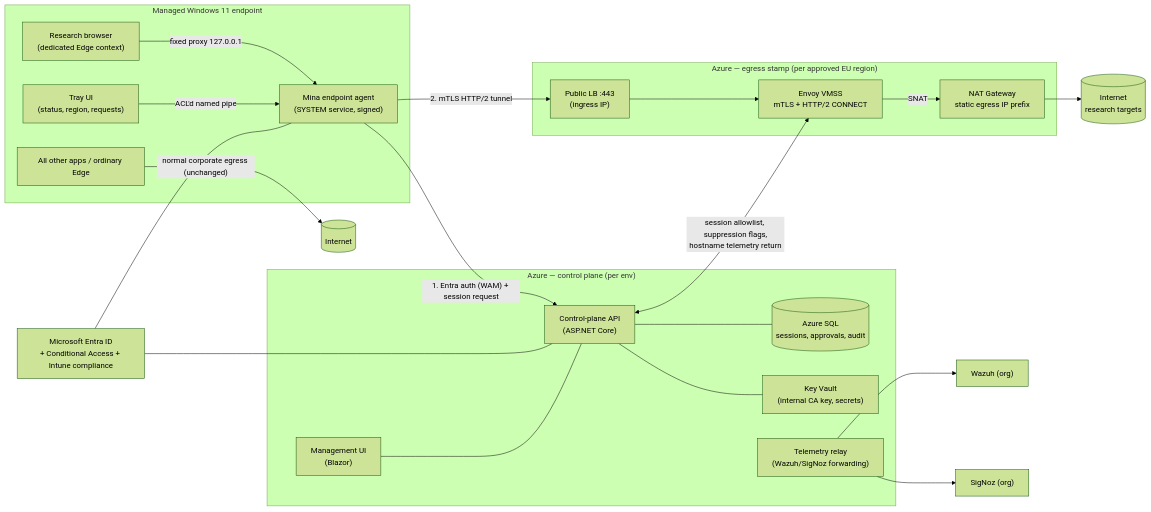
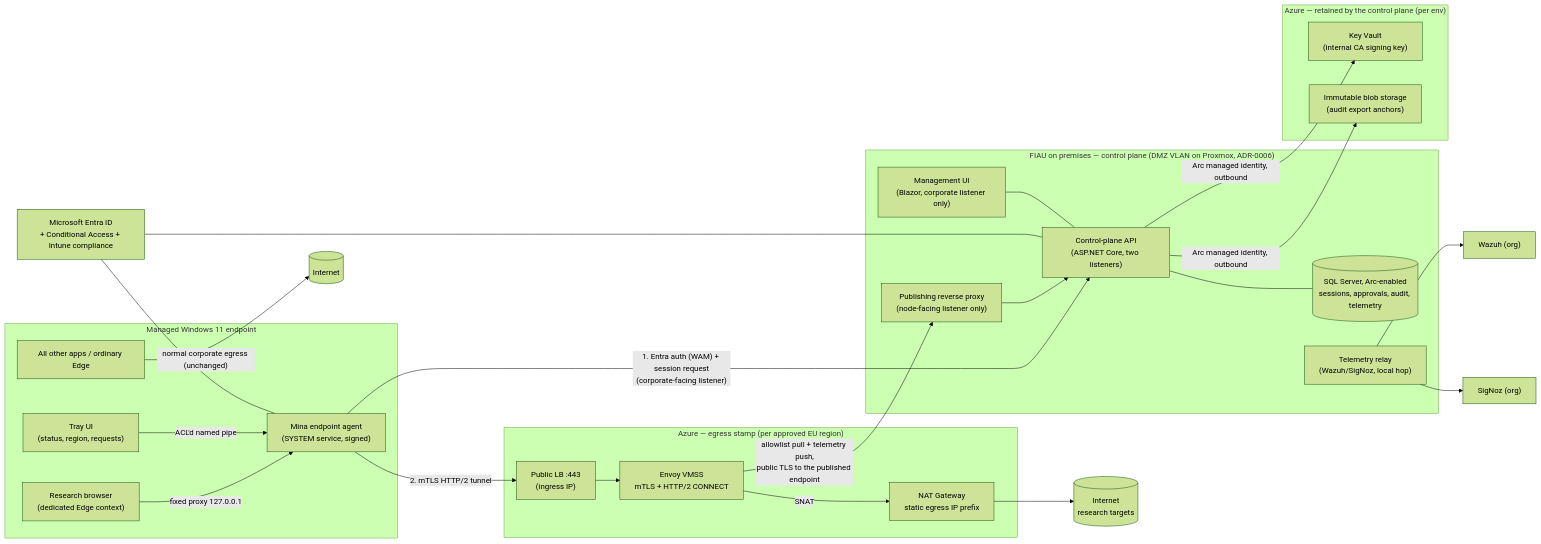
Before and after one commit to norbertbonnici/Mina: the first of 3 diagrams in docs/ARCHITECTURE.md, drawn with Mermaid (forest theme). The commit also changed other lines of this file and 20 other files, not shown here.

````diff
--- a/docs/ARCHITECTURE.md
+++ b/docs/ARCHITECTURE.md
@@ -21,38 +25,44 @@
 ```mermaid
 flowchart LR
     subgraph EP["Managed Windows 11 endpoint"]
         RB["Research browser<br/>(dedicated Edge context)"]
         TRAY["Tray UI<br/>(status, region, requests)"]
         AG["Mina endpoint agent<br/>(SYSTEM service, signed)"]
         RB -- "fixed proxy 127.0.0.1" --> AG
         TRAY -- "ACL'd named pipe" --> AG
         OTHER["All other apps / ordinary Edge"]
     end
 
     OTHER -- "normal corporate egress (unchanged)" --> INET1[(Internet)]
 
-    subgraph AZC["Azure — control plane (per env)"]
-        API["Control-plane API<br/>(ASP.NET Core)"]
-        UI["Management UI<br/>(Blazor)"]
-        SQL[("Azure SQL<br/>sessions, approvals, audit")]
-        KV["Key Vault<br/>(internal CA key, secrets)"]
-        RELAY["Telemetry relay<br/>(Wazuh/SigNoz forwarding)"]
+    subgraph ONP["FIAU on premises — control plane (DMZ VLAN on Proxmox, ADR-0006)"]
+        PROXY["Publishing reverse proxy<br/>(node-facing listener only)"]
+        API["Control-plane API<br/>(ASP.NET Core, two listeners)"]
+        UI["Management UI<br/>(Blazor, corporate listener only)"]
+        SQL[("SQL Server, Arc-enabled<br/>sessions, approvals, audit, telemetry")]
+        RELAY["Telemetry relay<br/>(Wazuh/SigNoz, local hop)"]
+    end
+
+    subgraph AZS["Azure — retained by the control plane (per env)"]
+        KV["Key Vault<br/>(internal CA signing key)"]
+        BLOB["Immutable blob storage<br/>(audit export anchors)"]
     end
 
     subgraph AZE["Azure — egress stamp (per approved EU region)"]
         LB["Public LB :443<br/>(ingress IP)"]
         ENV["Envoy VMSS<br/>mTLS + HTTP/2 CONNECT"]
         NAT["NAT Gateway<br/>static egress IP prefix"]
     end
 
-    AG -- "1. Entra auth (WAM) + session request" --> API
+    AG -- "1. Entra auth (WAM) + session request<br/>(corporate-facing listener)" --> API
     AG -- "2. mTLS HTTP/2 tunnel" --> LB --> ENV -- SNAT --> NAT --> INET2[(Internet<br/>research targets)]
-    API <-- "session allowlist, suppression flags,<br/>hostname telemetry return" --> ENV
+    ENV -- "allowlist pull + telemetry push,<br/>public TLS to the published endpoint" --> PROXY --> API
     ENTRA["Microsoft Entra ID<br/>+ Conditional Access + Intune compliance"] --- API
     ENTRA --- AG
     UI --- API
     API --- SQL
-    API --- KV
+    API -- "Arc managed identity, outbound" --> KV
+    API -- "Arc managed identity, outbound" --> BLOB
     RELAY --> WZ["Wazuh (org)"]
     RELAY --> SN["SigNoz (org)"]
 ```
````
